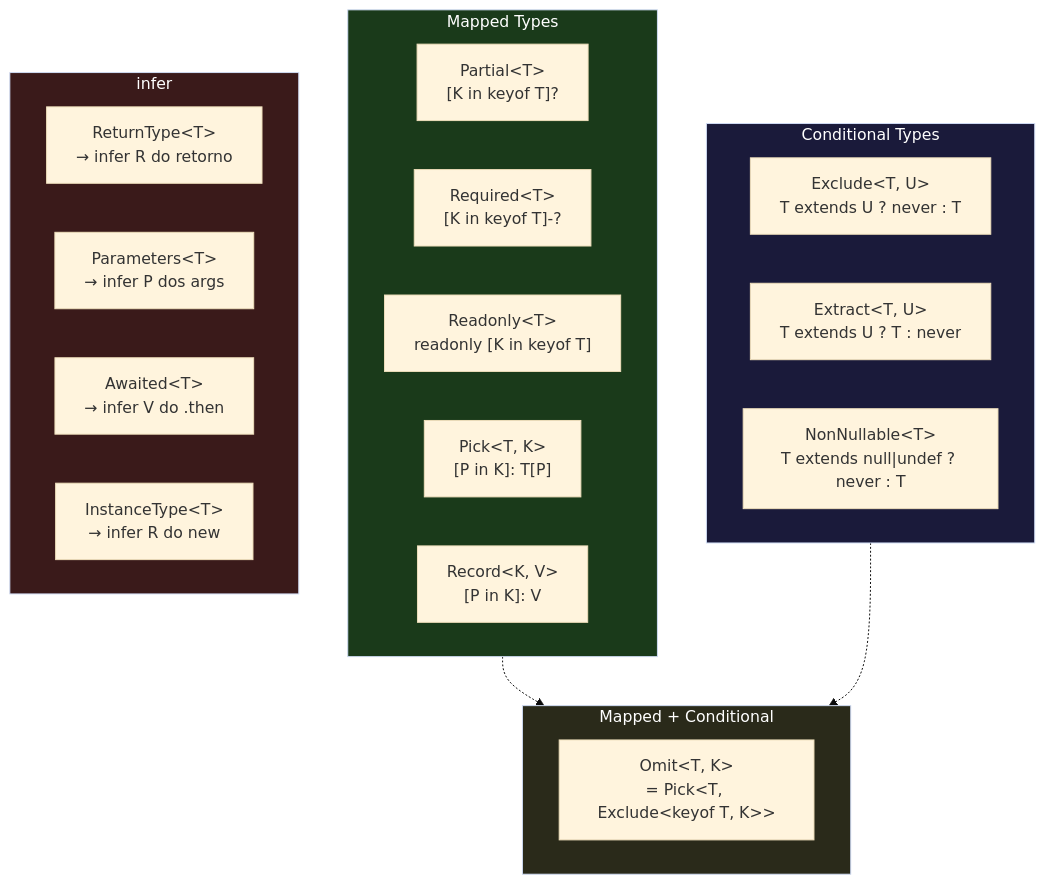
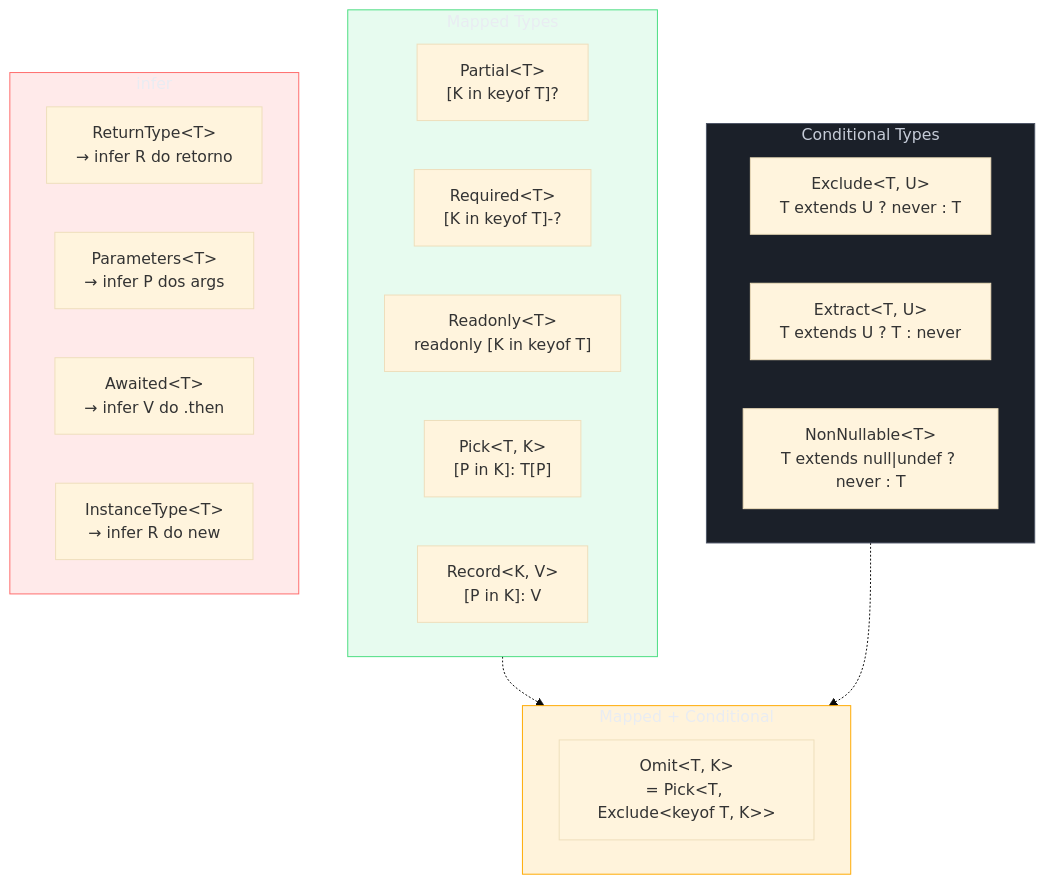
The fifth of 6 diagrams in 03-Dominios/Tecnologia/TypeScript/18 - Utility types - e como reconstruí-los.md (josenaldo/codex-technomanticus), drawn with Mermaid (base theme) before and after one commit. The commit also changed other lines of this file and 1181 other files, not shown here.

First line of the commit message:
fix(diagramas): paleta do sistema no lugar de cor cravada no markdown

````diff
--- a/03-Dominios/Tecnologia/TypeScript/18 - Utility types - e como reconstruí-los.md
+++ b/03-Dominios/Tecnologia/TypeScript/18 - Utility types - e como reconstruí-los.md
@@ -517,35 +525,39 @@
 ```mermaid
 flowchart TD
+    classDef ok fill:#4ADE8021,stroke:#4ADE80,color:#E9ECF2
+    classDef neutro fill:#1B2029,stroke:#4E5666,color:#C6CCD8
+    classDef falha fill:#FF6B6B24,stroke:#FF6B6B,color:#E9ECF2
+    classDef destaque fill:#FFAA0024,stroke:#FFAA00,color:#E9ECF2
     subgraph MT["Mapped Types"]
         PA["Partial&lt;T&gt;\n[K in keyof T]?"]
         RQ["Required&lt;T&gt;\n[K in keyof T]-?"]
         RO["Readonly&lt;T&gt;\nreadonly [K in keyof T]"]
         PK["Pick&lt;T, K&gt;\n[P in K]: T[P]"]
         RC["Record&lt;K, V&gt;\n[P in K]: V"]
     end
 
     subgraph CT["Conditional Types"]
         EX["Exclude&lt;T, U&gt;\nT extends U ? never : T"]
         ET["Extract&lt;T, U&gt;\nT extends U ? T : never"]
         NN["NonNullable&lt;T&gt;\nT extends null|undef ? never : T"]
     end
 
     subgraph INF["infer"]
         RT["ReturnType&lt;T&gt;\n→ infer R do retorno"]
         PR["Parameters&lt;T&gt;\n→ infer P dos args"]
         AW["Awaited&lt;T&gt;\n→ infer V do .then"]
         IT["InstanceType&lt;T&gt;\n→ infer R do new"]
     end
 
     subgraph COMBO["Mapped + Conditional"]
         OM["Omit&lt;T, K&gt;\n= Pick&lt;T, Exclude&lt;keyof T, K&gt;&gt;"]
     end
 
     MT -.-> COMBO
     CT -.-> COMBO
 
-    style MT fill:#1a3a1a,color:#fff
-    style CT fill:#1a1a3a,color:#fff
-    style INF fill:#3a1a1a,color:#fff
-    style COMBO fill:#2a2a1a,color:#fff
+    class MT ok
+    class CT neutro
+    class INF falha
+    class COMBO destaque
 ```
````
